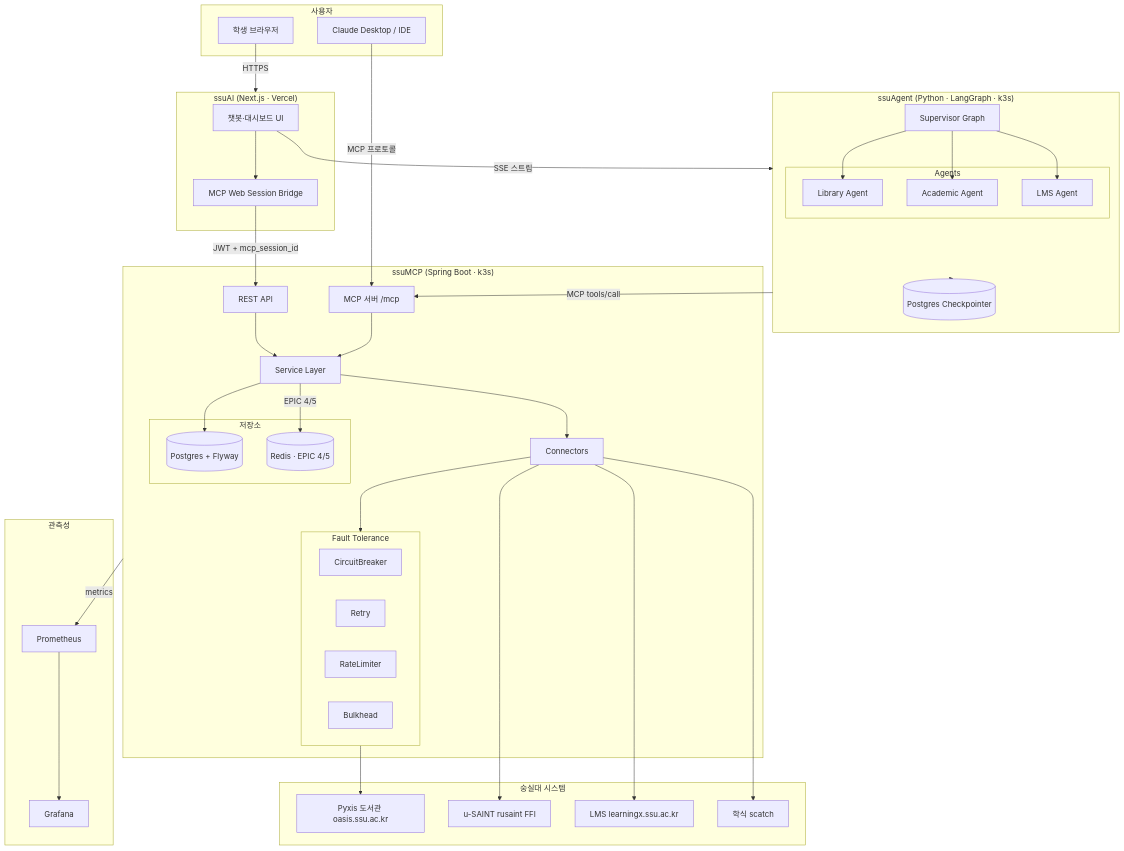
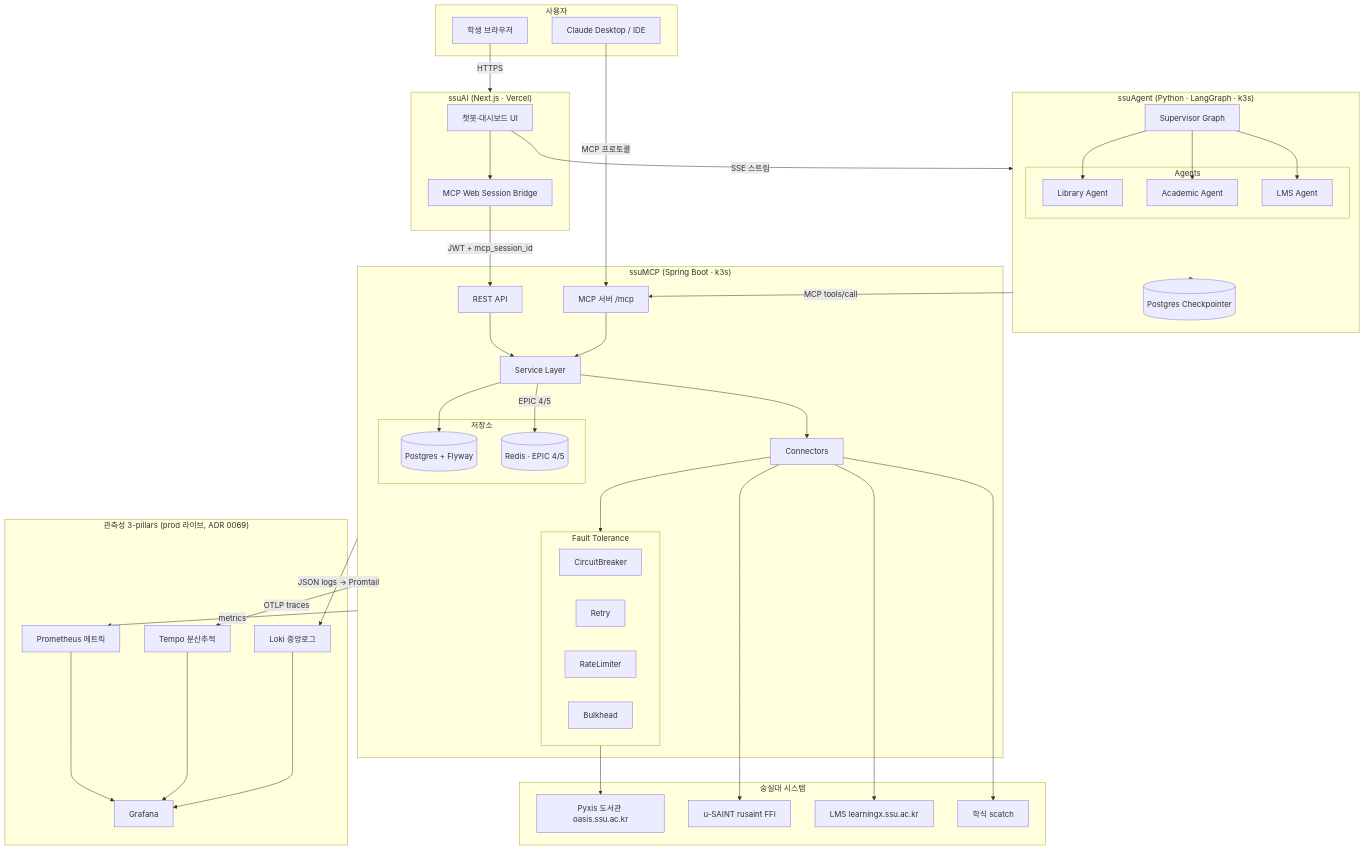
Before and after one commit to hoeongj/ssuMCP: the first of 3 diagrams in docs/architecture.md, drawn with Mermaid. The commit also changed 4 other files, not shown here.

First line of the commit message:
docs(observability): mark three-pillars live in prod + Boot 4 OTLP activation

````diff
--- a/docs/architecture.md
+++ b/docs/architecture.md
@@ -20,72 +20,78 @@
 ```mermaid
 flowchart TD
     subgraph User["사용자"]
         STU[학생 브라우저]
         CD[Claude Desktop / IDE]
     end
 
     subgraph ssuAI["ssuAI (Next.js · Vercel)"]
         UI[챗봇·대시보드 UI]
         BRIDGE[MCP Web Session Bridge]
     end
 
     subgraph ssuAgent["ssuAgent (Python · LangGraph · k3s)"]
         SUP[Supervisor Graph]
         subgraph Agents
             LIB_A[Library Agent]
             ACA_A[Academic Agent]
             LMS_A[LMS Agent]
         end
         CKPT[(Postgres Checkpointer)]
     end
 
     subgraph ssuMCP["ssuMCP (Spring Boot · k3s)"]
         REST[REST API]
         MCP_S[MCP 서버 /mcp]
         SVC[Service Layer]
         CONN[Connectors]
         subgraph Resilience["Fault Tolerance"]
             CB[CircuitBreaker]
             RETRY[Retry]
             RL[RateLimiter]
             BH[Bulkhead]
         end
         subgraph Storage["저장소"]
             PG[(Postgres + Flyway)]
             REDIS[(Redis · EPIC 4/5)]
         end
     end
 
     subgraph School["숭실대 시스템"]
         PYXIS[Pyxis 도서관 oasis.ssu.ac.kr]
         SAINT[u-SAINT rusaint FFI]
         LMS_SYS[LMS learningx.ssu.ac.kr]
         MEAL_S[학식 scatch]
     end
 
-    subgraph Observability["관측성"]
-        PROM[Prometheus]
+    subgraph Observability["관측성 3-pillars (prod 라이브, ADR 0069)"]
+        PROM[Prometheus 메트릭]
+        TEMPO[Tempo 분산추적]
+        LOKI[Loki 중앙로그]
         GRAF[Grafana]
     end
 
     STU -->|HTTPS| ssuAI
     CD -->|MCP 프로토콜| MCP_S
     UI --> BRIDGE
     BRIDGE -->|JWT + mcp_session_id| REST
     UI -->|SSE 스트림| ssuAgent
     SUP --> LIB_A & ACA_A & LMS_A
     ssuAgent -->|MCP tools/call| MCP_S
     REST --> SVC
     MCP_S --> SVC
     SVC --> CONN
     SVC --> PG
     SVC -->|EPIC 4/5| REDIS
     CONN --> Resilience
     Resilience --> PYXIS
     CONN --> SAINT
     CONN --> LMS_SYS
     CONN --> MEAL_S
     ssuMCP -->|metrics| PROM
+    ssuMCP -->|OTLP traces| TEMPO
+    ssuMCP -->|JSON logs → Promtail| LOKI
     PROM --> GRAF
+    TEMPO --> GRAF
+    LOKI --> GRAF
     ssuAgent --> CKPT
 ```
````
